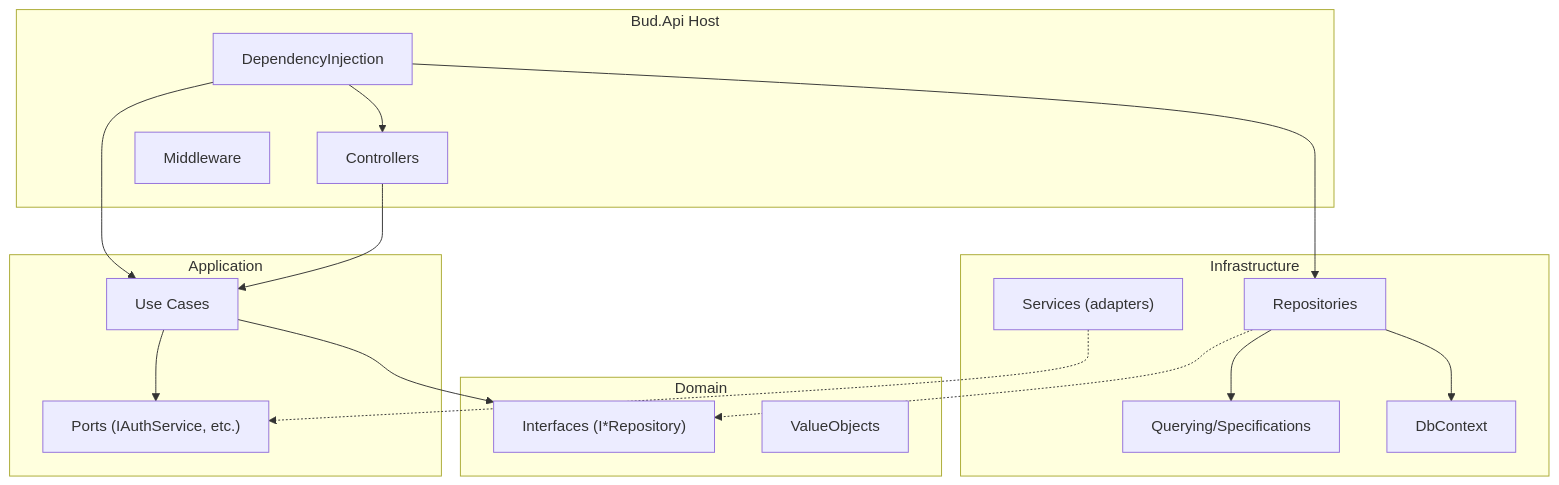
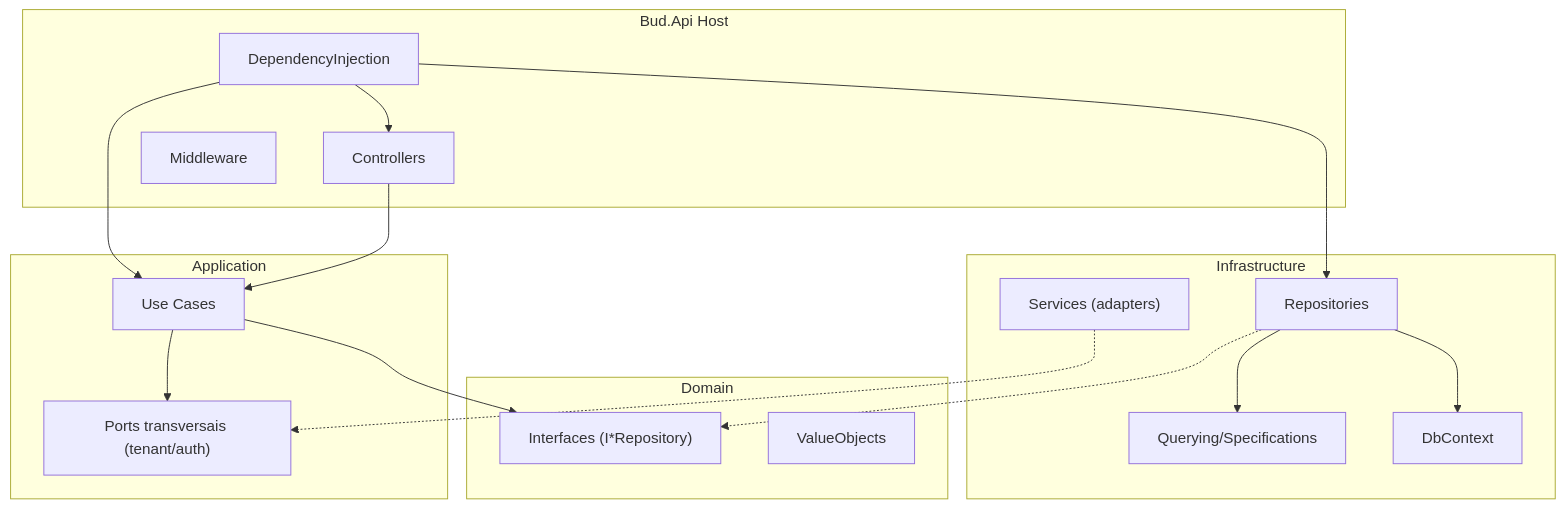
One commit to dsbraz/bud changed the eighth of 11 diagrams in README.md. Above: the diagram before and after it, drawn with Mermaid. The commit also changed other lines of this file and 89 other files, not shown here.

````diff
--- a/README.md
+++ b/README.md
@@ -414,33 +414,33 @@
 ```mermaid
 flowchart TB
     subgraph Host["Bud.Api Host"]
       Controllers
       Middleware
       DependencyInjection
     end
     subgraph App["Application"]
       UseCases["Use Cases"]
-      Ports["Ports (IAuthService, etc.)"]
+      Ports["Ports transversais (tenant/auth)"]
     end
     subgraph Domain["Domain"]
       RepoInterfaces["Interfaces (I*Repository)"]
       ValueObjects
     end
     subgraph Infra["Infrastructure"]
       Repositories
       Services["Services (adapters)"]
       Specifications["Querying/Specifications"]
       DbContext
     end
 
     Controllers --> UseCases
     UseCases --> RepoInterfaces
     UseCases --> Ports
     Repositories -.-> RepoInterfaces
     Services -.-> Ports
     Repositories --> DbContext
     Repositories --> Specifications
     DependencyInjection --> Controllers
     DependencyInjection --> UseCases
     DependencyInjection --> Repositories
 ```
````
